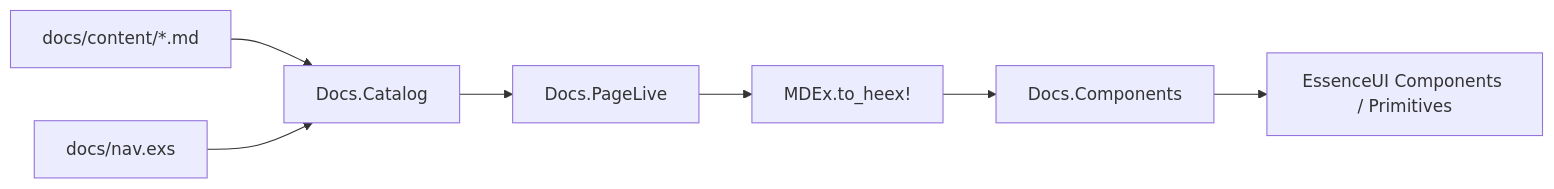
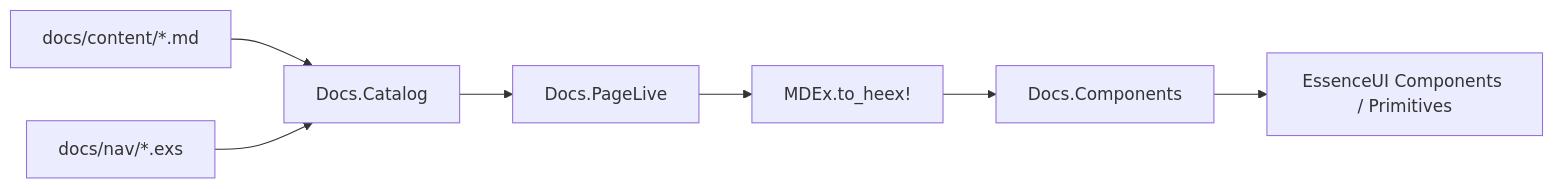
Before and after one commit to ilyabayel/essence_ui: the diagram in docs/ENGINE.md, drawn with Mermaid. The commit also changed other lines of this file and 772 other files, not shown here.

````diff
--- a/docs/ENGINE.md
+++ b/docs/ENGINE.md
@@ -36,9 +35,9 @@
 ```mermaid
 flowchart LR
   MD["docs/content/*.md"] --> Catalog["Docs.Catalog"]
-  Nav["docs/nav.exs"] --> Catalog
+  Nav["docs/nav/*.exs"] --> Catalog
   Catalog --> Live["Docs.PageLive"]
   Live --> MDEx["MDEx.to_heex!"]
   MDEx --> Demo["Docs.Components"]
   Demo --> UI["EssenceUI Components / Primitives"]
 ```
````
